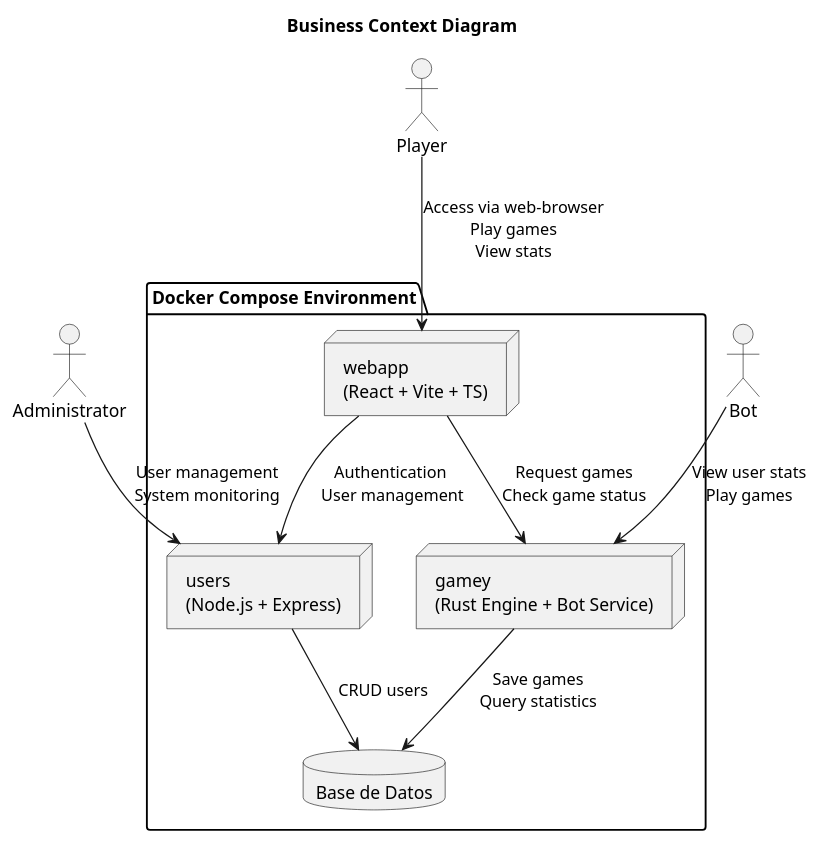
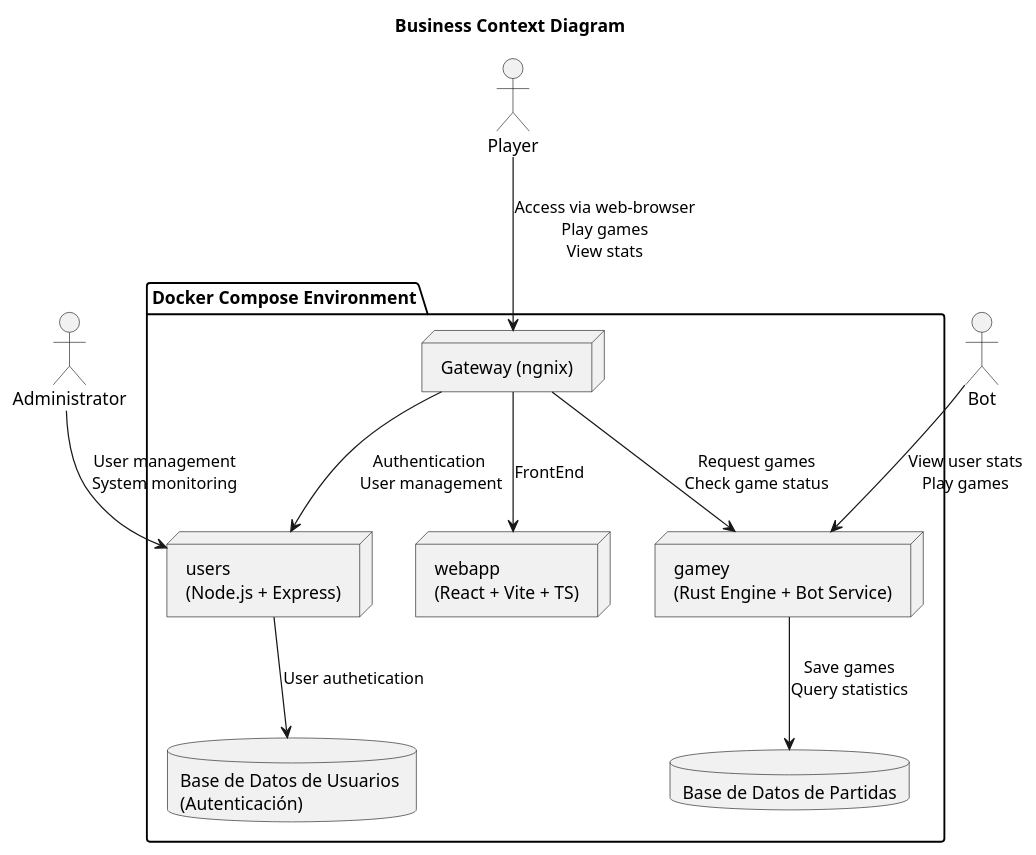
The first of 2 diagrams in docs/src/03_context_and_scope.adoc (Arquisoft/yovi_es4b), drawn with PlantUML before and after one commit. The commit also changed other lines of this file, not shown here.

Commit message:
corrección de diagramas

```diff
--- a/docs/src/03_context_and_scope.adoc
+++ b/docs/src/03_context_and_scope.adoc
@@ -16,28 +16,31 @@
-[plantuml, target=diagram-name, format=png]
+[plantuml, target=business-context-diagram, format=png]
 ----
 @startuml
 title Business Context Diagram
 
 actor Administrator
 actor Player
 actor Bot
 
 package "Docker Compose Environment" {
+    node "Gateway (ngnix)" as Gateway
     node "webapp\n(React + Vite + TS)" as WebApp
     node "users\n(Node.js + Express)" as Users
     node "gamey\n(Rust Engine + Bot Service)" as Gamey
-    database "Base de Datos" as DB
+    database "Base de Datos de Usuarios \n(Autenticación)" as UserDB
+    database "Base de Datos de Partidas" as GameDB
 }
 
 ' Relaciones de actores
-Player --> WebApp : Access via web-browser\nPlay games\nView stats
+Player --> Gateway : Access via web-browser\nPlay games\nView stats
+Gateway --> WebApp : FrontEnd
 Administrator --> Users : User management\nSystem monitoring
 Bot --> Gamey : View user stats\nPlay games
 
 ' Internal services interactions
-WebApp --> Users : Authentication\n User management
-WebApp --> Gamey : Request games\nCheck game status
-Users --> DB : CRUD users
-Gamey --> DB : Save games\nQuery statistics
+Gateway --> Users : Authentication\n User management
+Gateway --> Gamey : Request games\nCheck game status
+Users --> UserDB : User authetication
+Gamey --> GameDB : Save games\nQuery statistics
 @enduml
 ----
```
